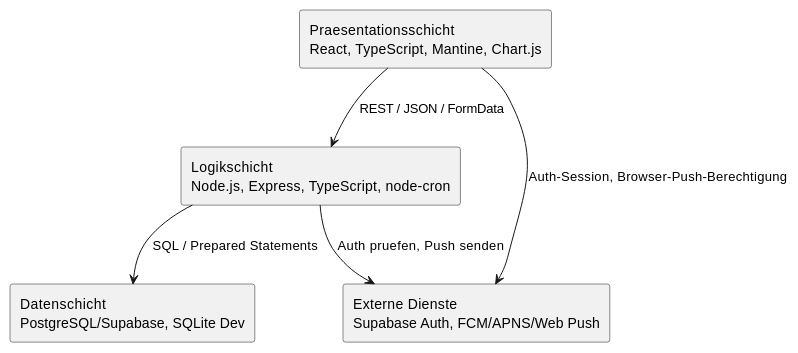
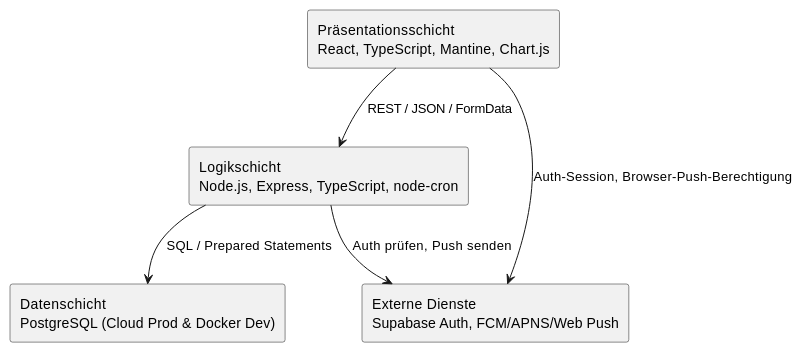
Before and after one commit to momel13/SubscriptionGuard-E2: the first of 9 diagrams in docs/technical/design.adoc, drawn with PlantUML. The commit also changed other lines of this file, not shown here.

Commit message:
Design an Architektur angepasst (PostgreSQL & Budget-Fix)

```diff
--- a/docs/technical/design.adoc
+++ b/docs/technical/design.adoc
@@ -23,17 +22,17 @@
 [plantuml,layer-diagram,svg]
 ----
 @startuml
 top to bottom direction
 skinparam componentStyle rectangle
 
-rectangle "Praesentationsschicht\nReact, TypeScript, Mantine, Chart.js" as Presentation
+rectangle "Präsentationsschicht\nReact, TypeScript, Mantine, Chart.js" as Presentation
 rectangle "Logikschicht\nNode.js, Express, TypeScript, node-cron" as Logic
-rectangle "Datenschicht\nPostgreSQL/Supabase, SQLite Dev" as Data
+rectangle "Datenschicht\nPostgreSQL (Cloud Prod & Docker Dev)" as Data
 rectangle "Externe Dienste\nSupabase Auth, FCM/APNS/Web Push" as External
 
 Presentation --> Logic : REST / JSON / FormData
 Presentation --> External : Auth-Session, Browser-Push-Berechtigung
 Logic --> Data : SQL / Prepared Statements
-Logic --> External : Auth pruefen, Push senden
+Logic --> External : Auth prüfen, Push senden
 @enduml
 ----
```
